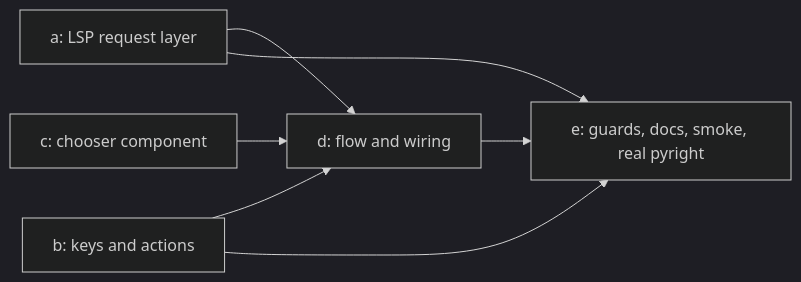
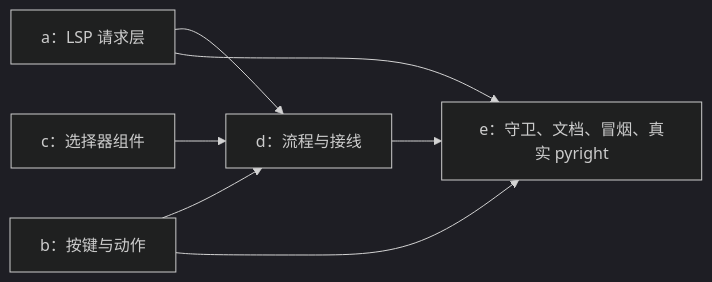
Before and after one commit to BigThxBrigde/yate: the diagram in .trae/documents/lsp-navigation-plans/overview.md, drawn with Mermaid (dark theme). The commit also changed other lines of this file and 79 other files, not shown here.

````diff
--- a/.trae/documents/lsp-navigation-plans/overview.md
+++ b/.trae/documents/lsp-navigation-plans/overview.md
@@ -30,9 +30,9 @@
 ```mermaid
 flowchart LR
-    A["a: LSP request layer"] --> D["d: flow and wiring"]
-    B["b: keys and actions"] --> D
-    C["c: chooser component"] --> D
-    D --> E["e: guards, docs, smoke, real pyright"]
+    A["a：LSP 请求层"] --> D["d：流程与接线"]
+    B["b：按键与动作"] --> D
+    C["c：选择器组件"] --> D
+    D --> E["e：守卫、文档、冒烟、真实 pyright"]
     A --> E
     B --> E
 ```
````
